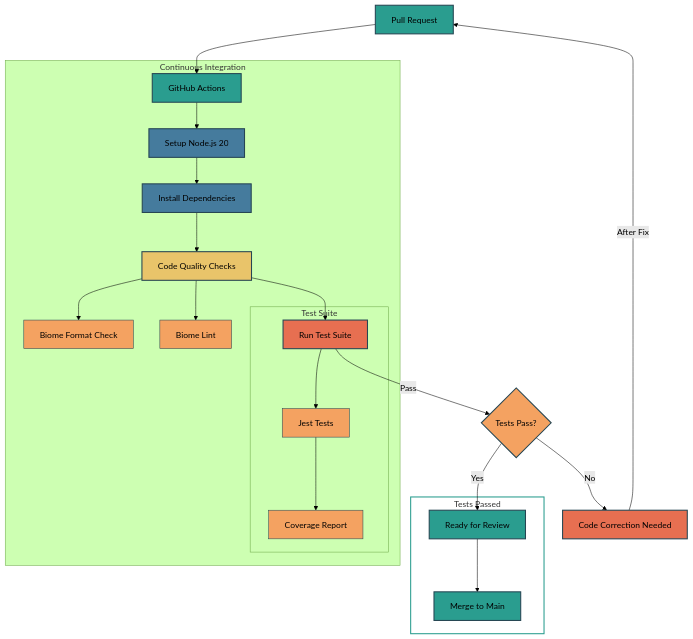
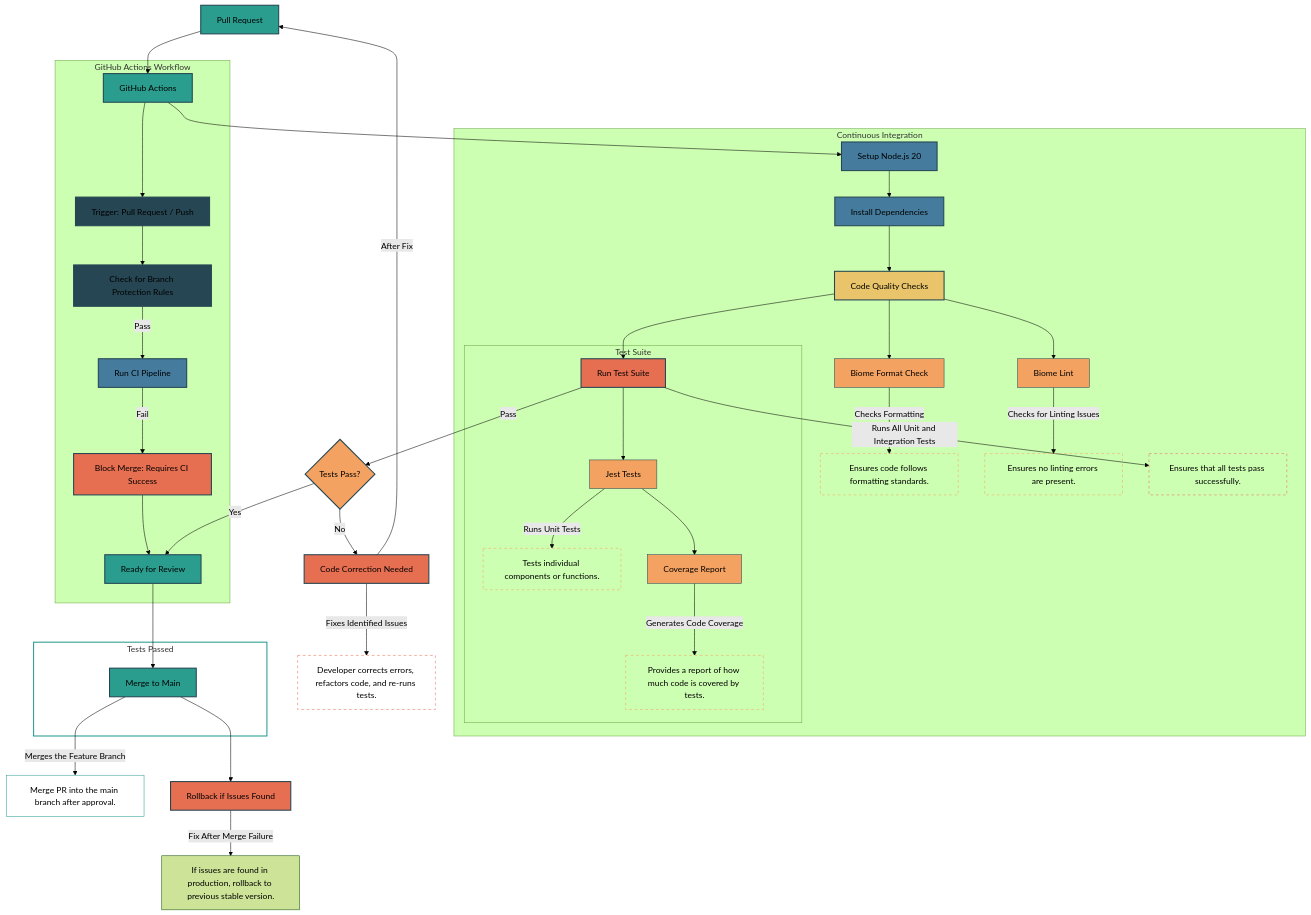
The diagram in admin/cipipeline/diagram.md (CSE-210-Team-11/cse210-fa24-group-11), drawn with Mermaid (forest theme) before and after one commit. The commit also changed 3 other files, not shown here.

Commit message:
add more details to diagram

```diff
--- a/admin/cipipeline/diagram.md
+++ b/admin/cipipeline/diagram.md
@@ -2,20 +2,38 @@
 flowchart TD
     %% Pull Request Starts the Process
     PR[Pull Request] --> GHA[GitHub Actions]
+
+    %% GitHub Actions Workflow
+    subgraph "GitHub Actions Workflow"
+        GHA --> Trigger[Trigger: Pull Request / Push]
+        Trigger --> Check[Check for Branch Protection Rules]
+        Check -->|Pass| CI[Run CI Pipeline]
+        CI -->|Fail| Block[Block Merge: Requires CI Success]
+        Block --> Review
+    end
 
     %% Continuous Integration Subgraph
     subgraph "Continuous Integration"
         GHA --> Setup[Setup Node.js 20]
         Setup --> Install[Install Dependencies]
         Install --> Quality[Code Quality Checks]
+        
+        %% Code Quality Checks
         Quality --> Format[Biome Format Check]
+        Format -->|Checks Formatting| FormatDesc["Ensures code follows formatting standards."]
         Quality --> Lint[Biome Lint]
+        Lint -->|Checks for Linting Issues| LintDesc["Ensures no linting errors are present."]
+        
+        %% Running Tests
         Quality --> Tests[Run Test Suite]
-
+        Tests -->|Runs All Unit and Integration Tests| TestDesc["Ensures that all tests pass successfully."]
+        
         %% Test Suite Subgraph
         subgraph "Test Suite"
             Tests --> Jest[Jest Tests]
+            Jest -->|Runs Unit Tests| JestDesc["Tests individual components or functions."]
             Jest --> Coverage[Coverage Report]
+            Coverage -->|Generates Code Coverage| CoverageDesc["Provides a report of how much code is covered by tests."]
         end
     end
 
@@ -24,9 +42,17 @@
     Decision -->|Yes| Review[Ready for Review]
     Decision -->|No| Fix[Code Correction Needed]
 
+    %% Code Correction Needed Details
     Fix -->|After Fix| PR
-
+    Fix -->|Fixes Identified Issues| FixDesc["Developer corrects errors, refactors code, and re-runs tests."]
+    
+    %% Review and Merge to Main
     Review --> Merge[Merge to Main]
+    Merge -->|Merges the Feature Branch| MergeDesc["Merge PR into the main branch after approval."]
+    
+    %% Rollback Strategy
+    Merge --> Rollback[Rollback if Issues Found]
+    Rollback -->|Fix After Merge Failure| RollbackDesc["If issues are found in production, rollback to previous stable version."]
 
     %% Outline Box for "Tests Passed"
     subgraph PassedTests["Tests Passed"]
@@ -38,6 +64,10 @@
     %% Styling for Visual Clarity
     style PR fill:#2a9d8f,stroke:#264653,stroke-width:2px
     style GHA fill:#2a9d8f,stroke:#264653,stroke-width:2px
+    style Trigger fill:#264653,stroke:#264653,stroke-width:2px
+    style Check fill:#264653,stroke:#264653,stroke-width:2px
+    style CI fill:#457b9d,stroke:#264653,stroke-width:2px
+    style Block fill:#e76f51,stroke:#264653,stroke-width:2px
     style Setup fill:#457b9d,stroke:#264653,stroke-width:2px
     style Install fill:#457b9d,stroke:#264653,stroke-width:2px
     style Quality fill:#e9c46a,stroke:#264653,stroke-width:2px
@@ -50,6 +80,15 @@
     style Fix fill:#e76f51,stroke:#264653,stroke-width:2px
     style Review fill:#2a9d8f,stroke:#264653,stroke-width:2px
     style Merge fill:#2a9d8f,stroke:#264653,stroke-width:2px
+    style Rollback fill:#e76f51,stroke:#264653,stroke-width:2px
+    style FormatDesc fill:none,stroke:#f4a261,stroke-width:1px,stroke-dasharray: 5,5
+    style LintDesc fill:none,stroke:#f4a261,stroke-width:1px,stroke-dasharray: 5,5
+    style TestDesc fill:none,stroke:#e76f51,stroke-width:1px,stroke-dasharray: 5,5
+    style JestDesc fill:none,stroke:#f4a261,stroke-width:1px,stroke-dasharray: 5,5
+    style CoverageDesc fill:none,stroke:#f4a261,stroke-width:1px,stroke-dasharray: 5,5
+    style FixDesc fill:none,stroke:#e76f51,stroke-width:1px,stroke-dasharray: 5,5
+    style MergeDesc fill:none,stroke:#2a9d8f,stroke-width:1px,stro
+
 
 
 
```
